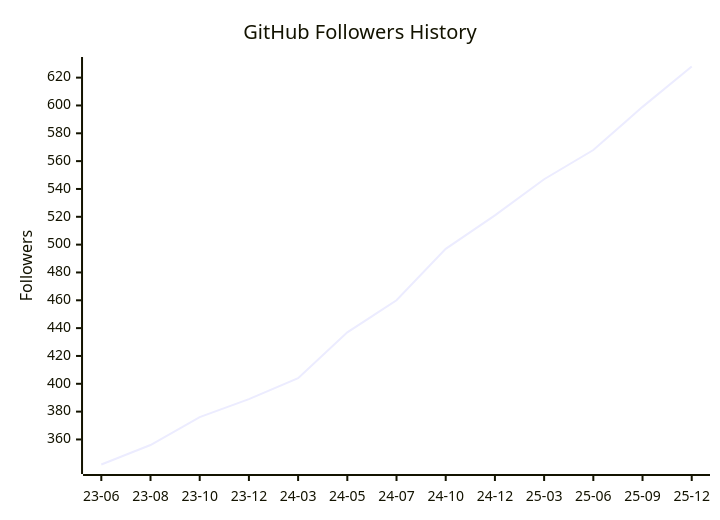
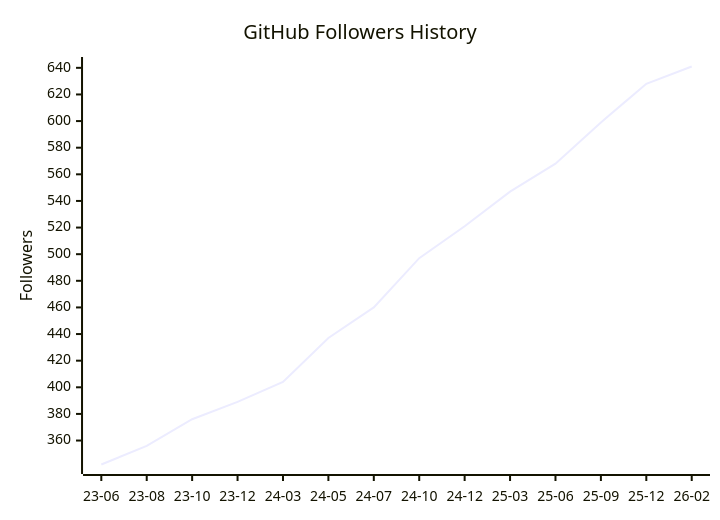
Before and after one commit to yutkat/yutkat: the diagram in README.md, drawn with Mermaid. The commit also changed 1 other file, not shown here.

Commit message:
generated

````diff
--- a/README.md
+++ b/README.md
@@ -199,7 +199,7 @@
 ```mermaid
 xychart-beta
   title "GitHub Followers History"
-  x-axis ["23-06","23-08","23-10","23-12","24-03","24-05","24-07","24-10","24-12","25-03","25-06","25-09","25-12"]
+  x-axis ["23-06","23-08","23-10","23-12","24-03","24-05","24-07","24-10","24-12","25-03","25-06","25-09","25-12","26-02"]
   y-axis "Followers"
-  line [342,356,376,389,404,437,460,497,521,547,568,599,628]
+  line [342,356,376,389,404,437,460,497,521,547,568,599,628,641]
 ```
````
